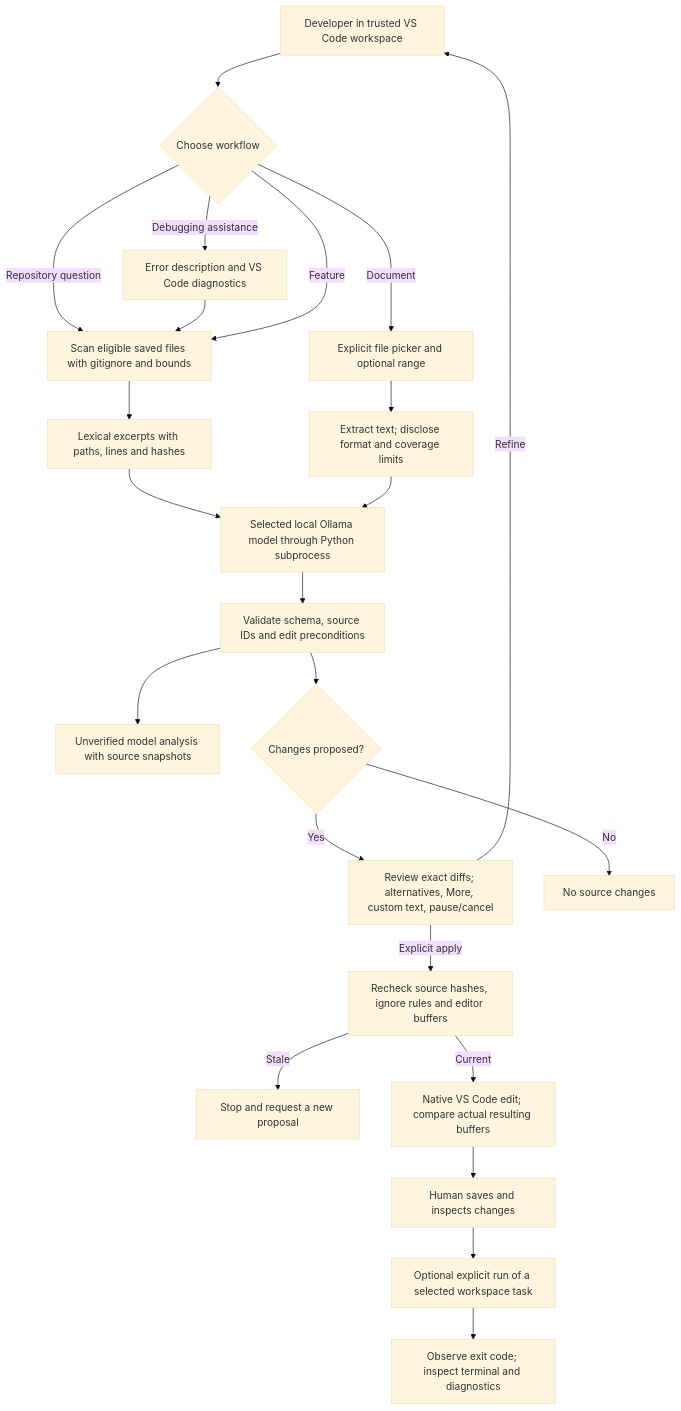
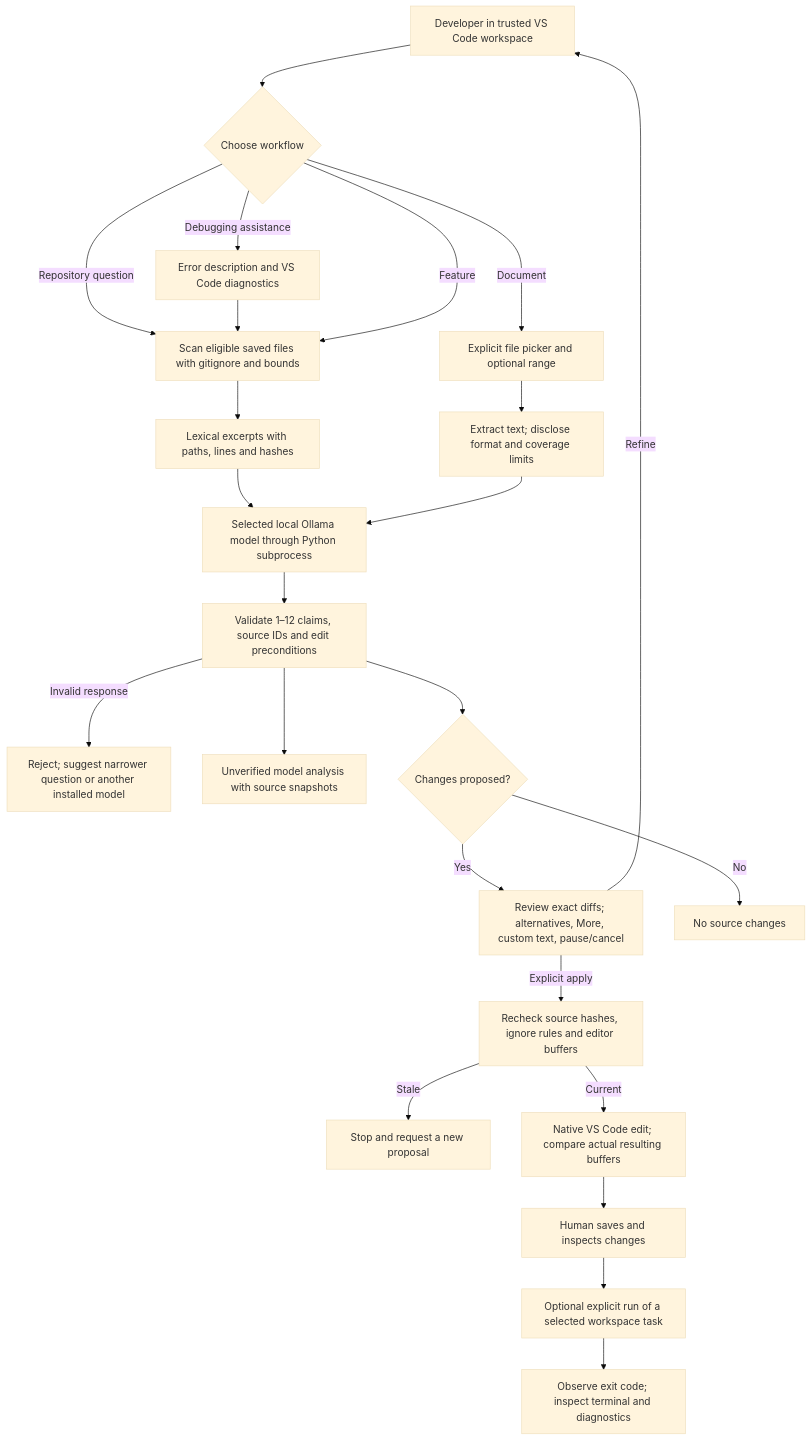
Before and after one commit to KrishnendraPrakash/thread: the diagram in docs/vscode.md, drawn with Mermaid (base theme). The commit also changed other lines of this file and 10 other files, not shown here.

First line of the commit message:
fix: align Ollama claim schema with editor validation

````diff
--- a/docs/vscode.md
+++ b/docs/vscode.md
@@ -97,25 +98,26 @@
 ```mermaid
 flowchart TD
     User["Developer in trusted VS Code workspace"] --> Mode{"Choose workflow"}
     Mode -->|Repository question| Scan["Scan eligible saved files with gitignore and bounds"]
     Mode -->|Debugging assistance| Diagnostics["Error description and VS Code diagnostics"]
     Diagnostics --> Scan
     Mode -->|Feature| Scan
     Mode -->|Document| Pick["Explicit file picker and optional range"]
     Pick --> Extract["Extract text; disclose format and coverage limits"]
     Scan --> Retrieve["Lexical excerpts with paths, lines and hashes"]
     Retrieve --> Local["Selected local Ollama model through Python subprocess"]
     Extract --> Local
-    Local --> Validate["Validate schema, source IDs and edit preconditions"]
+    Local --> Validate["Validate 1–12 claims, source IDs and edit preconditions"]
+    Validate -->|Invalid response| Invalid["Reject; suggest narrower question or another installed model"]
     Validate --> Answer["Unverified model analysis with source snapshots"]
     Validate --> Proposal{"Changes proposed?"}
     Proposal -->|Yes| Review["Review exact diffs; alternatives, More, custom text, pause/cancel"]
     Review -->|Refine| User
     Review -->|Explicit apply| Fresh["Recheck source hashes, ignore rules and editor buffers"]
     Fresh -->|Stale| Stop["Stop and request a new proposal"]
     Fresh -->|Current| Apply["Native VS Code edit; compare actual resulting buffers"]
     Apply --> Human["Human saves and inspects changes"]
     Human --> Task["Optional explicit run of a selected workspace task"]
     Task --> Result["Observe exit code; inspect terminal and diagnostics"]
     Proposal -->|No| Done["No source changes"]
 ```
````
